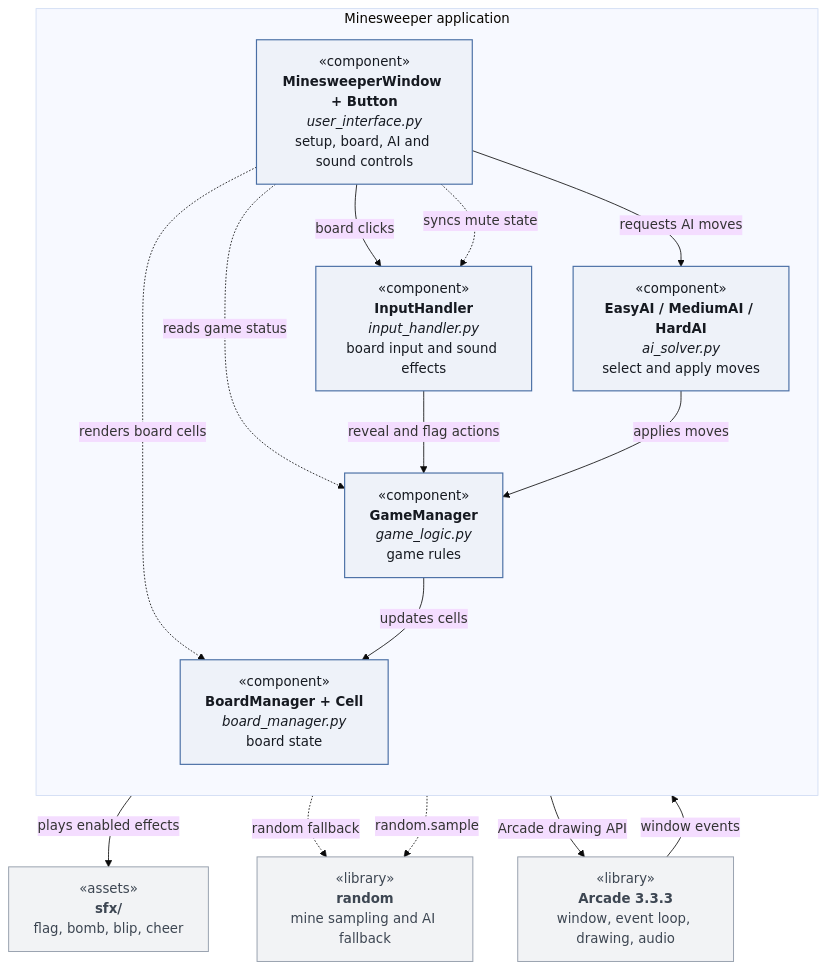
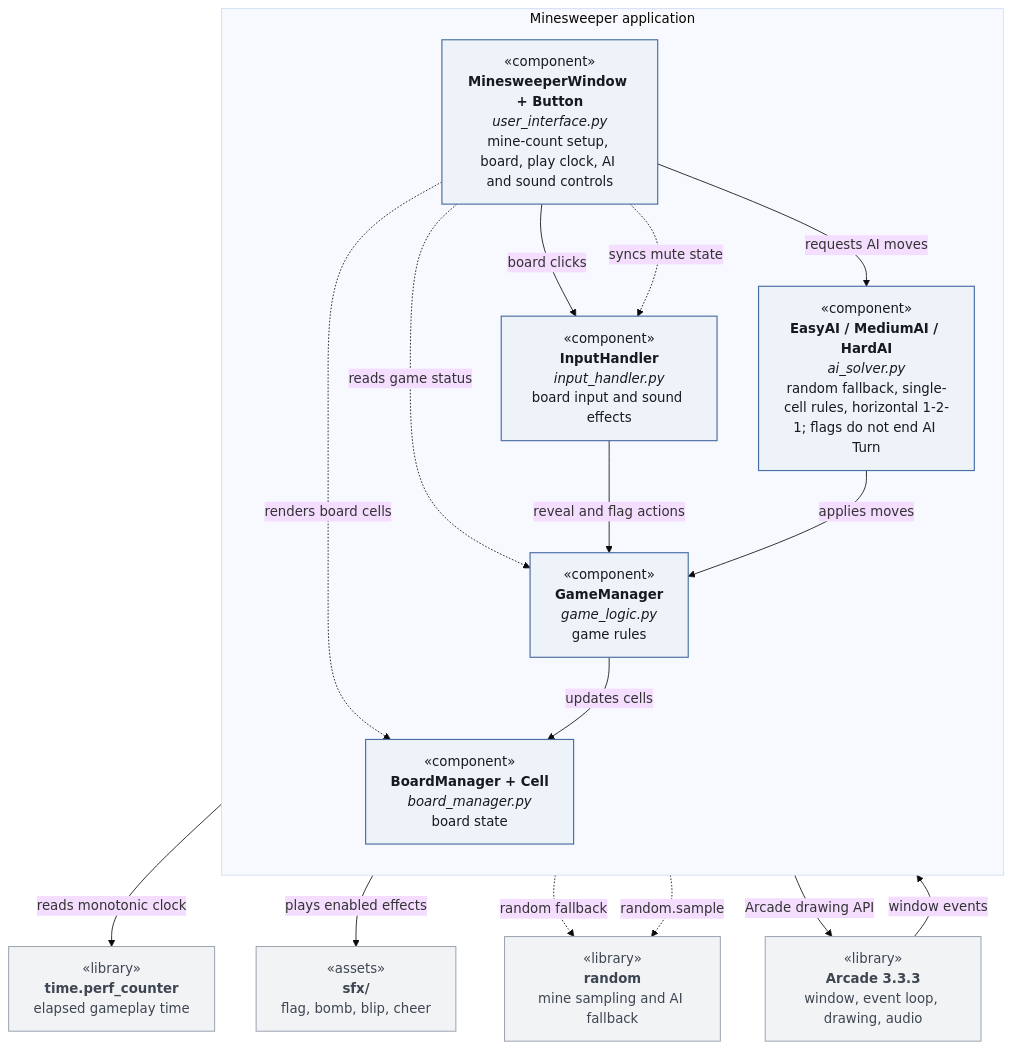
Before and after one commit to flec1115/EECS-581-MineSweeper: the diagram in system-diagrams/component_structure.mmd, drawn with Mermaid (base theme). The commit also changed 8 other files, not shown here.

```diff
--- a/system-diagrams/component_structure.mmd
+++ b/system-diagrams/component_structure.mmd
@@ -1,33 +1,35 @@
 flowchart TB
     ARC["«library»<br/><b>Arcade 3.3.3</b><br/>window, event loop, drawing, audio"]
 
     subgraph APP[" Minesweeper application "]
       direction TB
-      UI["«component»<br/><b>MinesweeperWindow + Button</b><br/><i>user_interface.py</i><br/>setup, board, AI and sound controls"]
+      UI["«component»<br/><b>MinesweeperWindow + Button</b><br/><i>user_interface.py</i><br/>mine-count setup, board, play clock, AI and sound controls"]
       IH["«component»<br/><b>InputHandler</b><br/><i>input_handler.py</i><br/>board input and sound effects"]
-      AI["«component»<br/><b>EasyAI / MediumAI / HardAI</b><br/><i>ai_solver.py</i><br/>select and apply moves"]
+      AI["«component»<br/><b>EasyAI / MediumAI / HardAI</b><br/><i>ai_solver.py</i><br/>random fallback, single-cell rules, horizontal 1-2-1; flags do not end AI Turn"]
       GL["«component»<br/><b>GameManager</b><br/><i>game_logic.py</i><br/>game rules"]
       BM["«component»<br/><b>BoardManager + Cell</b><br/><i>board_manager.py</i><br/>board state"]
     end
 
     RND["«library»<br/><b>random</b><br/>mine sampling and AI fallback"]
     SFX["«assets»<br/><b>sfx/</b><br/>flag, bomb, blip, cheer"]
+    CLOCK["«library»<br/><b>time.perf_counter</b><br/>elapsed gameplay time"]
 
     ARC -->|"window events"| UI
     UI -->|"board clicks"| IH
     UI -.->|"syncs mute state"| IH
     UI -->|"requests AI moves"| AI
+    UI -->|"reads monotonic clock"| CLOCK
     UI -.->|"reads game status"| GL
     UI -.->|"renders board cells"| BM
     IH -->|"reveal and flag actions"| GL
     IH -->|"plays enabled effects"| SFX
     AI -->|"applies moves"| GL
     AI -.->|"random fallback"| RND
     GL -->|"updates cells"| BM
     GL -.->|"random.sample"| RND
     UI -->|"Arcade drawing API"| ARC
 
     classDef comp fill:#eef2f9,stroke:#4a6fa5,stroke-width:1.4px,color:#161a21
     classDef lib fill:#f2f3f5,stroke:#9aa3b0,stroke-width:1.2px,color:#3d4652
     class UI,IH,AI,GL,BM comp
-    class ARC,RND,SFX lib
+    class ARC,RND,CLOCK,SFX lib
```
